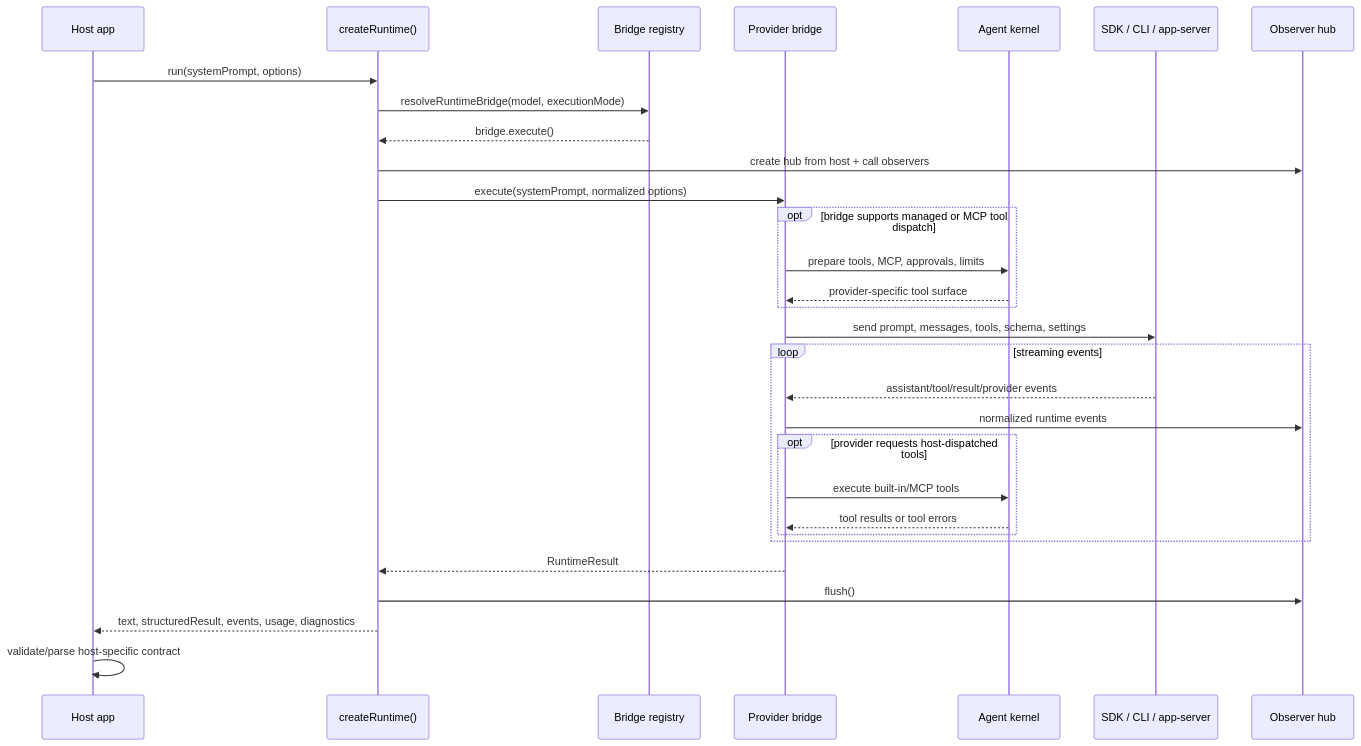
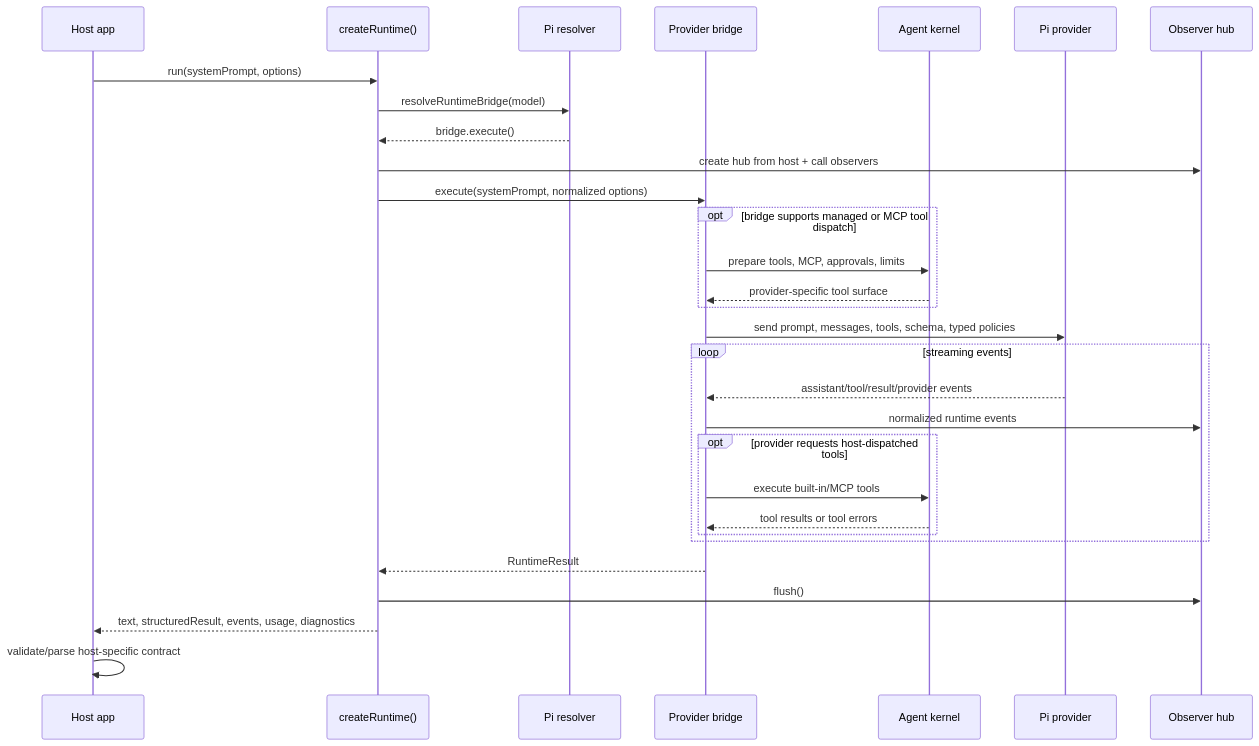
The third of 5 diagrams in packages/agent-runtime/ARCHITECTURE.md (robertsreberski/mono-agent), drawn with Mermaid before and after one commit. The commit also changed other lines of this file and 305 other files, not shown here.

````diff
--- a/packages/agent-runtime/ARCHITECTURE.md
+++ b/packages/agent-runtime/ARCHITECTURE.md
@@ -162,36 +142,36 @@
 ```mermaid
 sequenceDiagram
   participant Host as Host app
   participant Runtime as createRuntime()
-  participant Registry as Bridge registry
+  participant Registry as Pi resolver
   participant Bridge as Provider bridge
   participant Kernel as Agent kernel
-  participant Provider as SDK / CLI / app-server
+  participant Provider as Pi provider
   participant Observer as Observer hub
 
   Host->>Runtime: run(systemPrompt, options)
-  Runtime->>Registry: resolveRuntimeBridge(model, executionMode)
+  Runtime->>Registry: resolveRuntimeBridge(model)
   Registry-->>Runtime: bridge.execute()
   Runtime->>Observer: create hub from host + call observers
   Runtime->>Bridge: execute(systemPrompt, normalized options)
 
   opt bridge supports managed or MCP tool dispatch
     Bridge->>Kernel: prepare tools, MCP, approvals, limits
     Kernel-->>Bridge: provider-specific tool surface
   end
-  Bridge->>Provider: send prompt, messages, tools, schema, settings
+  Bridge->>Provider: send prompt, messages, tools, schema, typed policies
 
   loop streaming events
     Provider-->>Bridge: assistant/tool/result/provider events
     Bridge->>Observer: normalized runtime events
     opt provider requests host-dispatched tools
       Bridge->>Kernel: execute built-in/MCP tools
       Kernel-->>Bridge: tool results or tool errors
     end
   end
 
   Bridge-->>Runtime: RuntimeResult
   Runtime->>Observer: flush()
   Runtime-->>Host: text, structuredResult, events, usage, diagnostics
   Host->>Host: validate/parse host-specific contract
 ```
````
